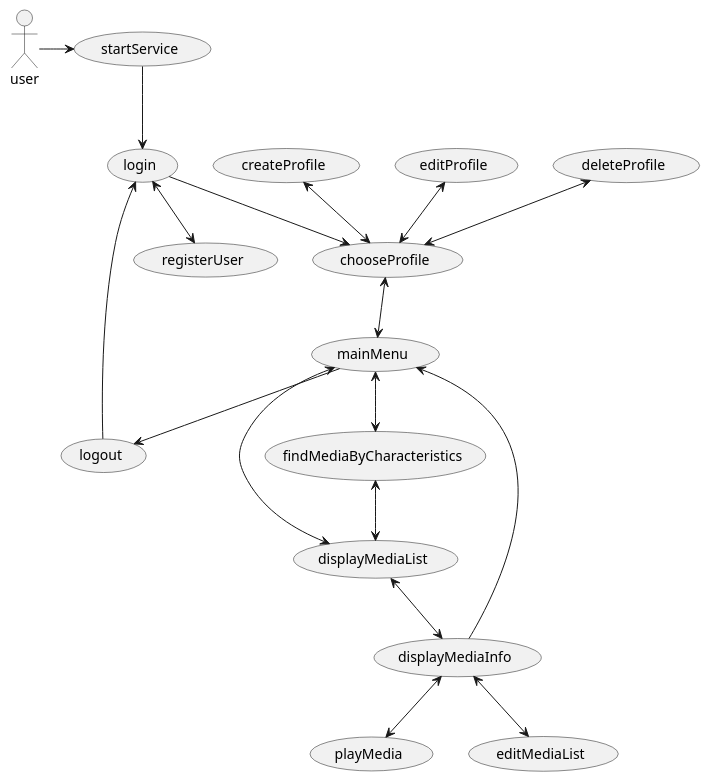
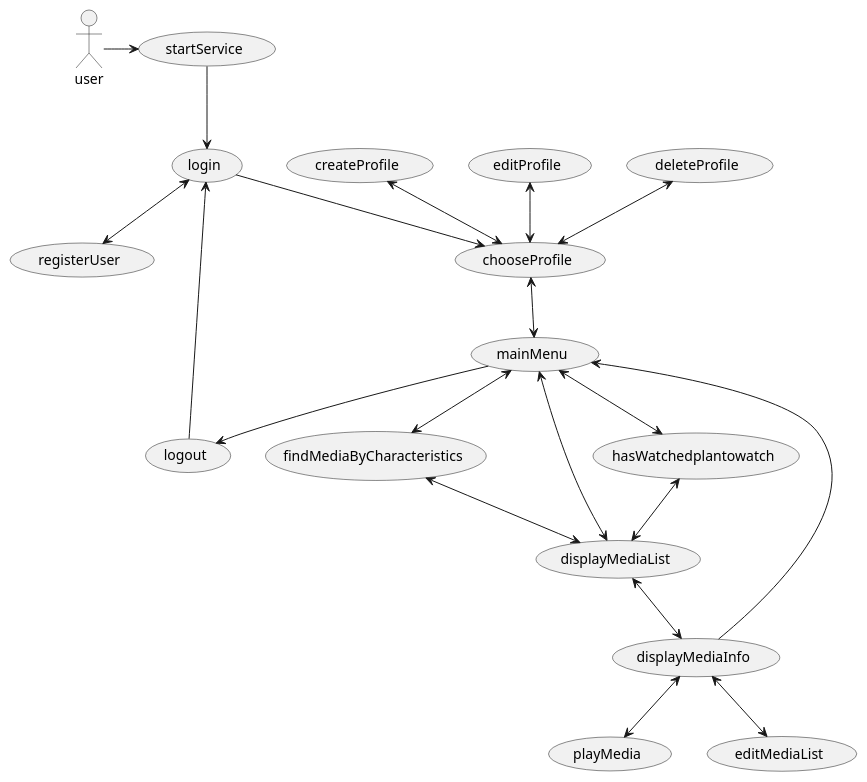
One commit to Andreas-dat/SP3-GruppeC changed the diagram in doc/UseCasesDiagramV1.puml. Above: the diagram before and after it, drawn with PlantUML. The commit also changed 1 other file, not shown here.

```diff
--- a/doc/UseCasesDiagramV1.puml
+++ b/doc/UseCasesDiagramV1.puml
@@ -1,46 +1,49 @@
 @startuml
 'https://plantuml.com/use-case-diagram
 actor user as U
 
 usecase login as UC0
 usecase registerUser as UC1
 usecase startService as UC2
 usecase createProfile as UC3
 usecase chooseProfile as UC4
 usecase editProfile as UC5
 usecase deleteProfile as UC6
 usecase mainMenu as UC7
 usecase findMediaByCharacteristics as UC8
 usecase displayMediaList as UC9
 usecase displayMediaInfo as UC10
 'usecase addToList as UC11
 usecase playMedia as UC12
 'usecase removeFromList as UC13
 usecase editMediaList as UC11
 usecase logout as UC15
+usecase hasWatchedplantowatch as UC16
 
 U -> UC2
 UC2 --> UC0
 UC0 <--> UC1
 UC0 --> UC4
 
 UC3 <--> UC4
 UC5 <--> UC4
 UC6 <--> UC4
 UC4 <--> UC7
+UC7 <--> UC16
+UC16 <--> UC9
 
 UC7 <--> UC8
 UC7 <--> UC9
 UC7 --> UC15
 UC8 <--> UC9
 
 UC9 <--> UC10
 UC10 --> UC7
 UC10 <--> UC11
 UC10 <--> UC12
 
 
 UC15 --> UC0
 
 
 @enduml
```
